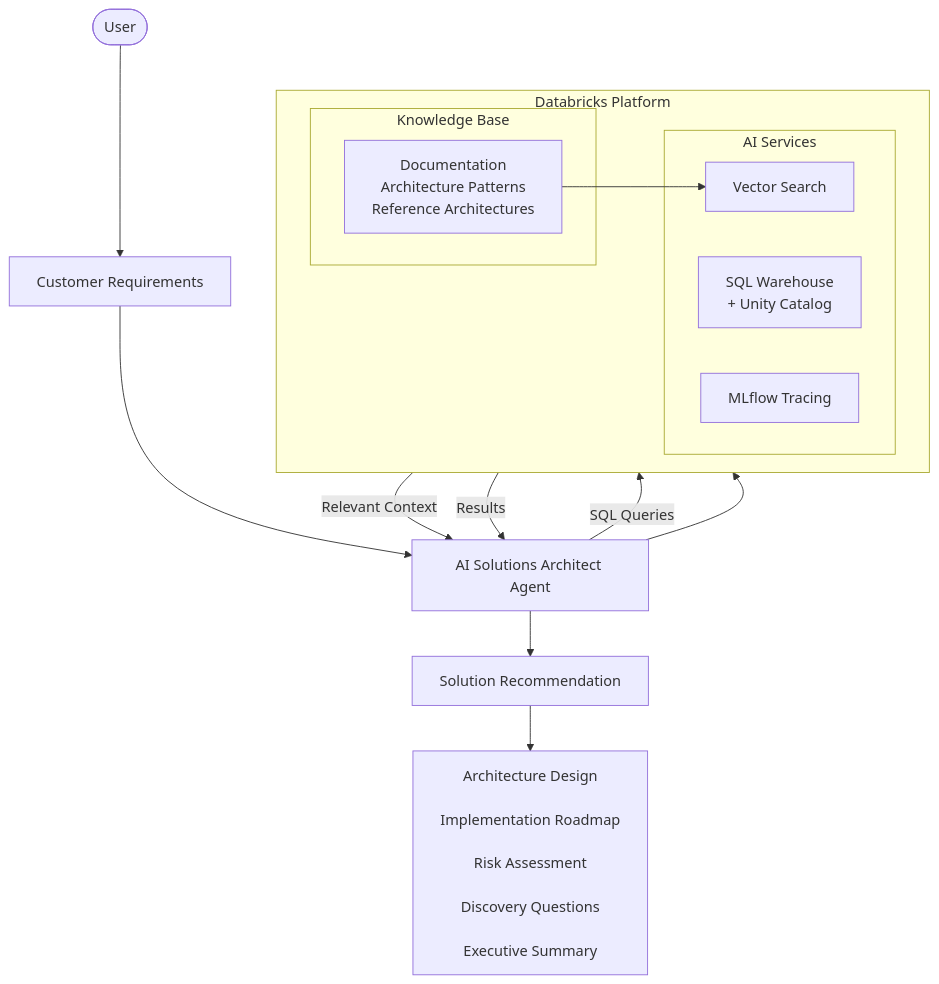
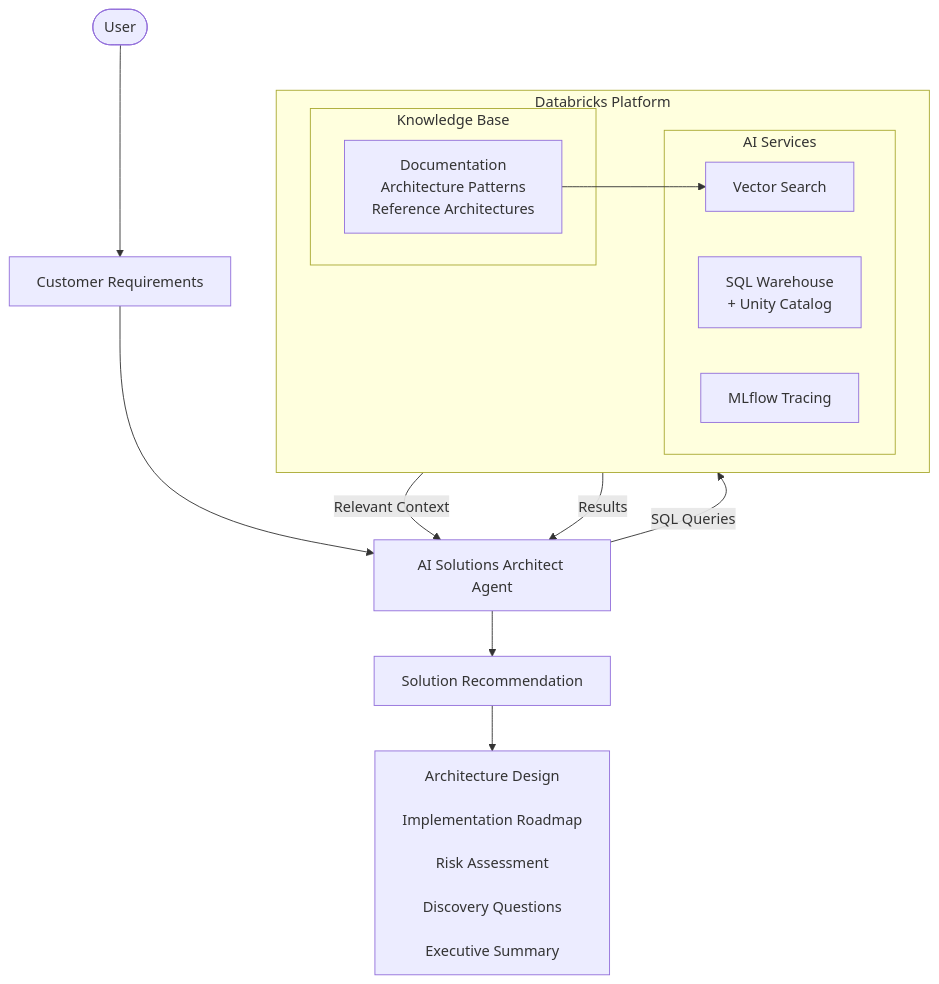
The diagram in README.md (Solveright/Enterprise-Solutions-Architect-Agent), drawn with Mermaid before and after one commit.

````diff
--- a/README.md
+++ b/README.md
@@ -1,59 +1,58 @@
 ```mermaid
 flowchart TD
 
 %% ==========================
 %% User
 %% ==========================
 
 U([User])
 REQ[Customer Requirements]
 
 U --> REQ
 
 %% ==========================
 %% AI Agent
 %% ==========================
 
 REQ --> AGENT[AI Solutions Architect Agent]
 
 %% ==========================
 %% Knowledge & Platform
 %% ==========================
 
 subgraph PLATFORM["Databricks Platform"]
 
 direction LR
 
 subgraph KNOW["Knowledge Base"]
 KB[Documentation<br/>Architecture Patterns<br/>Reference Architectures]
 end
 
 subgraph SERVICES["AI Services"]
 VS[Vector Search]
 SQL[SQL Warehouse<br/>+ Unity Catalog]
 TRACE[MLflow Tracing]
 end
 
 KB --> VS
 
 end
 
 VS -->|Relevant Context| AGENT
 AGENT -->|SQL Queries| SQL
 SQL -->|Results| AGENT
-AGENT --> TRACE
 
 %% ==========================
 %% Output
 %% ==========================
 
 AGENT --> SOL[Solution Recommendation]
 
 SOL --> DELIVERABLES[
 Architecture Design<br/>
 Implementation Roadmap<br/>
 Risk Assessment<br/>
 Discovery Questions<br/>
 Executive Summary
 ]
 ```
````
